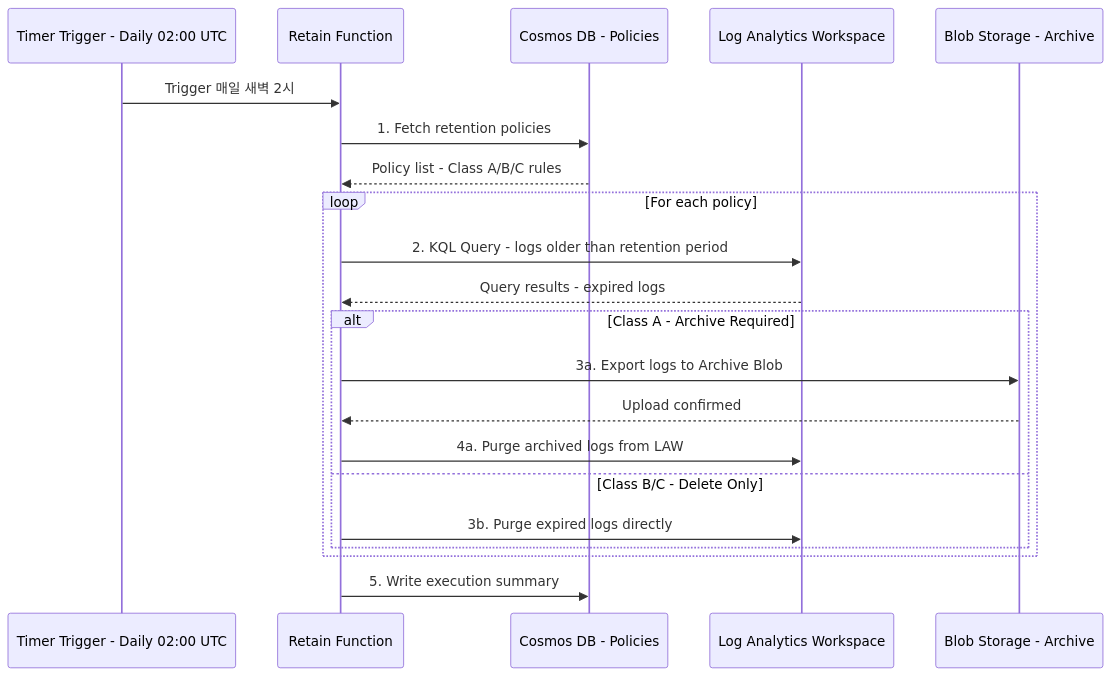
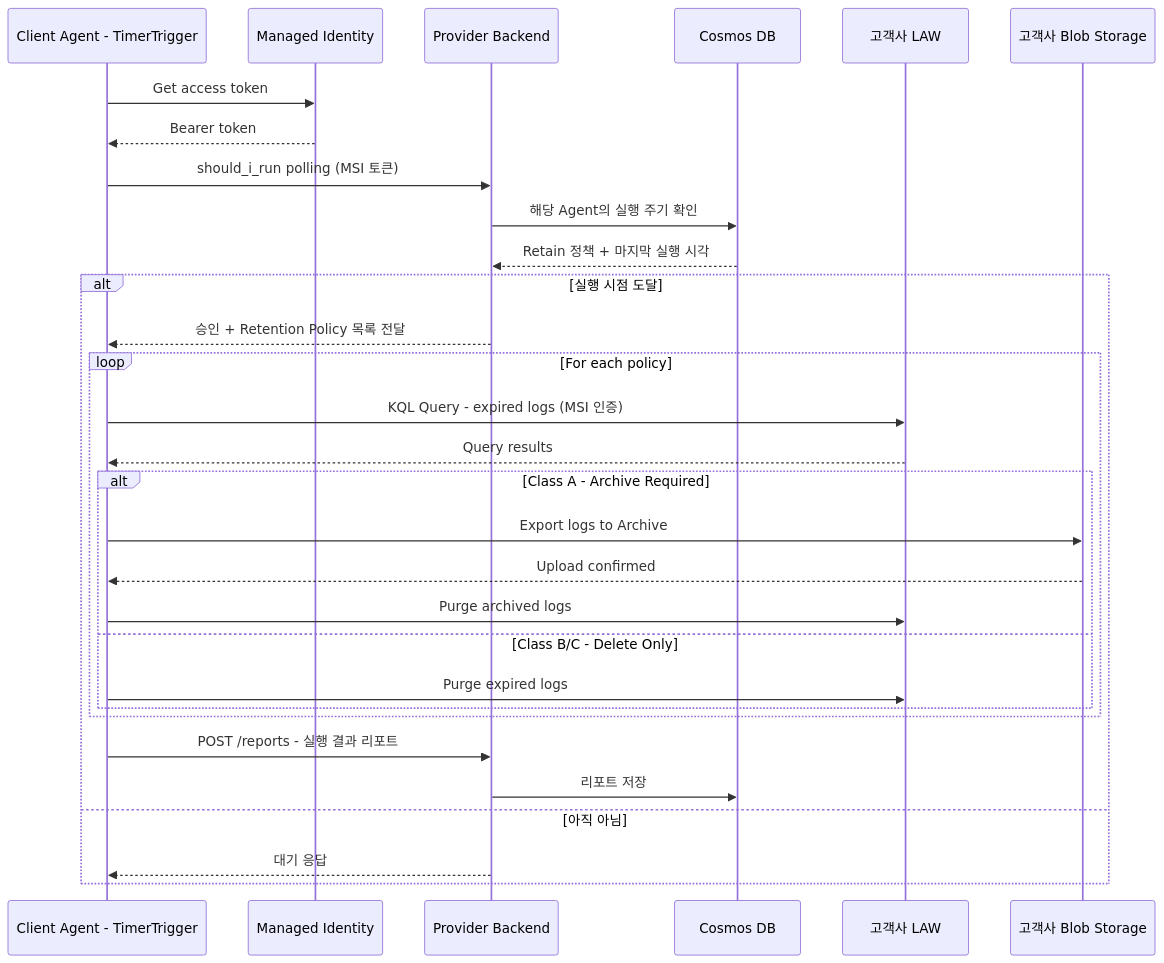
Before and after one commit to chjcmy/study: the third of 21 diagrams in azure/projects/log-doctor-plan.md, drawn with Mermaid. The commit also changed other lines of this file, not shown here.

````diff
--- a/azure/projects/log-doctor-plan.md
+++ b/azure/projects/log-doctor-plan.md
@@ -84,27 +92,38 @@
 ```mermaid
 sequenceDiagram
-    participant Timer as Timer Trigger - Daily 02:00 UTC
-    participant Fn as Retain Function
-    participant DB as Cosmos DB - Policies
-    participant LAW as Log Analytics Workspace
-    participant Blob as Blob Storage - Archive
+    participant Agent as Client Agent - TimerTrigger
+    participant MSI as Managed Identity
+    participant PB as Provider Backend
+    participant DB as Cosmos DB
+    participant LAW as 고객사 LAW
+    participant Blob as 고객사 Blob Storage
 
-    Timer->>Fn: Trigger 매일 새벽 2시
-    Fn->>DB: 1. Fetch retention policies
-    DB-->>Fn: Policy list - Class A/B/C rules
+    Agent->>MSI: Get access token
+    MSI-->>Agent: Bearer token
 
-    loop For each policy
-        Fn->>LAW: 2. KQL Query - logs older than retention period
-        LAW-->>Fn: Query results - expired logs
+    Agent->>PB: should_i_run polling (MSI 토큰)
+    PB->>DB: 해당 Agent의 실행 주기 확인
+    DB-->>PB: Retain 정책 + 마지막 실행 시각
 
-        alt Class A - Archive Required
-            Fn->>Blob: 3a. Export logs to Archive Blob
-            Blob-->>Fn: Upload confirmed
-            Fn->>LAW: 4a. Purge archived logs from LAW
-        else Class B/C - Delete Only
-            Fn->>LAW: 3b. Purge expired logs directly
+    alt 실행 시점 도달
+        PB-->>Agent: 승인 + Retention Policy 목록 전달
+        
+        loop For each policy
+            Agent->>LAW: KQL Query - expired logs (MSI 인증)
+            LAW-->>Agent: Query results
+
+            alt Class A - Archive Required
+                Agent->>Blob: Export logs to Archive
+                Blob-->>Agent: Upload confirmed
+                Agent->>LAW: Purge archived logs
+            else Class B/C - Delete Only
+                Agent->>LAW: Purge expired logs
+            end
         end
+
+        Agent->>PB: POST /reports - 실행 결과 리포트
+        PB->>DB: 리포트 저장
+    else 아직 아님
+        PB-->>Agent: 대기 응답
     end
-
-    Fn->>DB: 5. Write execution summary
 ```
````
